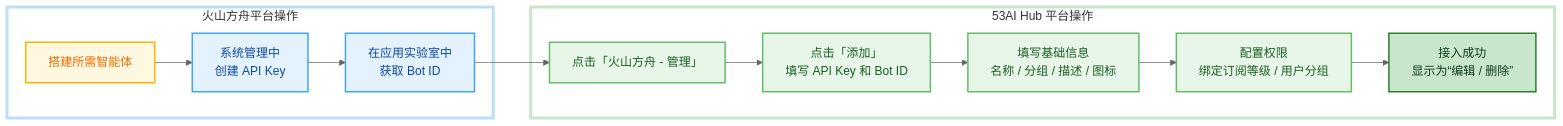
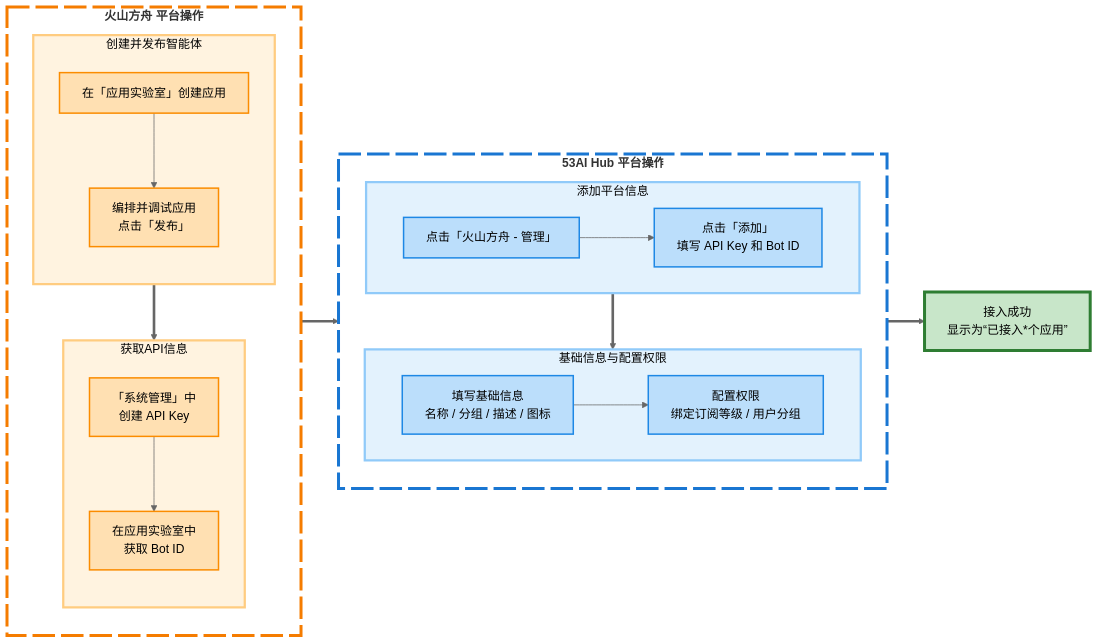
One commit to 53AI/53AIHub-docs changed the third of 4 diagrams in 手册/站点配置/平台接入.md. Above: the diagram before and after it, drawn with Mermaid (neutral theme). The commit also changed other lines of this file and 48 other files, not shown here.

````diff
--- a/手册/站点配置/平台接入.md
+++ b/手册/站点配置/平台接入.md
@@ -206,31 +213,46 @@
 ```mermaid
 flowchart LR
-%% ----------- 火山方舟操作部分 -------------
-subgraph subGraph0 [火山方舟平台操作]
-    A1[搭建所需智能体]:::volcSetupStep
-    A2[系统管理中<br>创建 API Key]:::volcStep
-    A3[在应用实验室中<br>获取 Bot ID]:::volcStep
+
+subgraph one["火山方舟 平台操作"]
+direction TB
+subgraph step1["创建并发布智能体"]
+direction TB
+A1["在「应用实验室」创建应用"] --> A2["编排并调试应用<br>点击「发布」"]
 end
+subgraph step2["获取API信息"]
+direction TB
+A3["「系统管理」中<br>创建 API Key"] --> A4["在应用实验室中<br>获取 Bot ID"]
+end
+end
+subgraph two["53AI Hub 平台操作"]
+direction TB
+subgraph step3["添加平台信息"]
+B1["点击「火山方舟 - 管理」"]-->B2["点击「添加」<br>填写 API Key 和 Bot ID"]
+end
+subgraph step4["基础信息与配置权限"]
+B3["填写基础信息<br>名称 / 分组 / 描述 / 图标"]-->B4["配置权限<br>绑定订阅等级 / 用户分组"]
+end
+end
+C1["接入成功<br>显示为“已接入*个应用”"]
 
-%% ----------- 53AI Hub 操作部分 -------------
-subgraph subGraph1 [53AI Hub 平台操作]
-    B1[点击「火山方舟 - 管理」]:::hubStep
-    B2[点击「添加」<br>填写 API Key 和 Bot ID]:::hubStep
-    B3[填写基础信息<br>名称 / 分组 / 描述 / 图标]:::hubStep
-    B4[配置权限<br>绑定订阅等级 / 用户分组]:::hubStep
-    B5[接入成功<br>显示为“编辑 / 删除”]:::successStep
-end
+step1 ==> step2==>step3==>step4 ==>C1
 
-%% ----------- 连线 -------------
-A1 --> A2 --> A3 --> B1
-B1 --> B2 --> B3 --> B4 --> B5
+classDef difyStep fill:#FFE0B2,stroke:#FB8C00,stroke-width:2px,color:#000000
+classDef hubStep fill:#BBDEFB,stroke:#1E88E5,stroke-width:2px,color:#000000
+classDef successStep fill:#C8E6C9,stroke:#2E7D32,stroke-width:4px,color:#000000
 
-%% ----------- 样式定义 -------------
-classDef volcStep fill:#E3F2FD,stroke:#42A5F5,stroke-width:2px,color:#0D47A1
-classDef volcSetupStep fill:#FFF8E1,stroke:#FFB300,stroke-width:2px,color:#EF6C00
-classDef hubStep fill:#E8F5E9,stroke:#66BB6A,stroke-width:2px,color:#1B5E20
-classDef successStep fill:#C8E6C9,stroke:#2E7D32,stroke-width:2px,color:#0D3B20
+classDef stepBox1 fill:#FFF3E0,stroke:#FFCC80,stroke-width:3px,color:#000000
+classDef stepBox2 fill:#E3F2FD,stroke:#90CAF9,stroke-width:3px,color:#000000
 
-style subGraph0 fill:transparent,stroke-width:4px,stroke:#BBDEFB
-style subGraph1 fill:transparent,stroke:#C8E6C9,stroke-width:4px
+class A1,A2,A3,A4 difyStep
+class B1,B2,B3,B4 hubStep
+class C1 successStep
+
+class step1 stepBox1
+class step2 stepBox1
+class step3 stepBox2
+class step4 stepBox2
+
+style one fill:transparent,stroke:#F57C00,stroke-width:4px,stroke-dasharray: 30 8,font-weight:bold
+style two fill:transparent,stroke:#1976D2,stroke-width:4px,stroke-dasharray: 30 8,font-weight:bold
 ```
````
